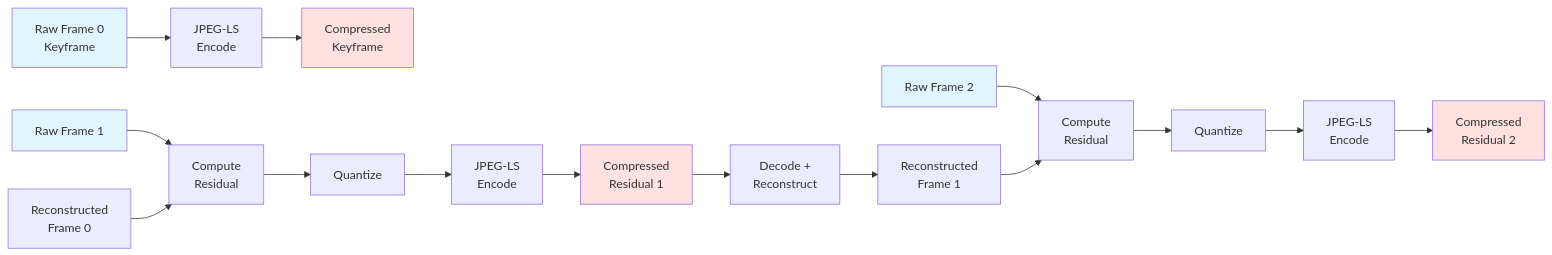
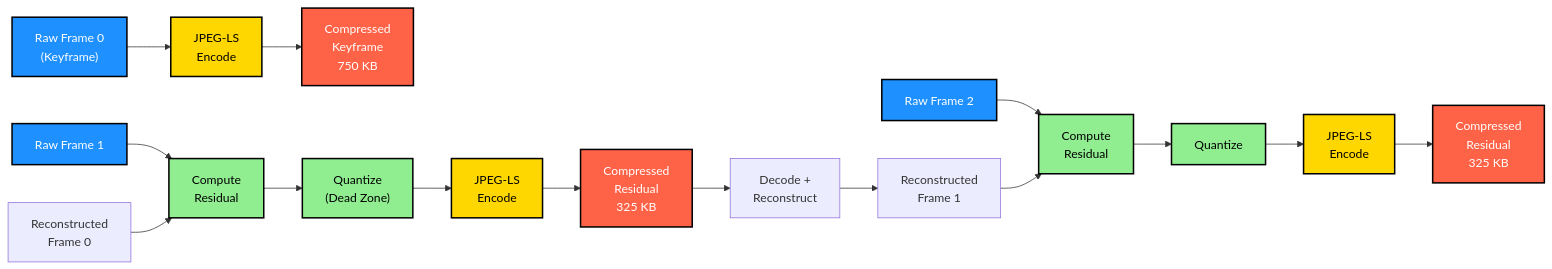
One commit to ceresimaging/lwir-compress changed the first of 3 diagrams in README.md. Above: the diagram before and after it, drawn with Mermaid. The commit also changed other lines of this file, not shown here.

First line of the commit message:
Improve diagram contrast and add stacked frame visualization

````diff
--- a/README.md
+++ b/README.md
@@ -93,27 +93,34 @@
 ```mermaid
 graph LR
-    A[Raw Frame 0<br/>Keyframe] --> B[JPEG-LS<br/>Encode]
-    B --> C[Compressed<br/>Keyframe]
+    A["Raw Frame 0<br/>(Keyframe)"] --> B["JPEG-LS<br/>Encode"]
+    B --> C["Compressed<br/>Keyframe<br/>750 KB"]
 
-    D[Raw Frame 1] --> E[Compute<br/>Residual]
-    F[Reconstructed<br/>Frame 0] --> E
-    E --> G[Quantize]
-    G --> H[JPEG-LS<br/>Encode]
-    H --> I[Compressed<br/>Residual 1]
+    D["Raw Frame 1"] --> E["Compute<br/>Residual"]
+    F["Reconstructed<br/>Frame 0"] --> E
+    E --> G["Quantize<br/>(Dead Zone)"]
+    G --> H["JPEG-LS<br/>Encode"]
+    H --> I["Compressed<br/>Residual<br/>325 KB"]
 
-    I --> J[Decode +<br/>Reconstruct]
-    J --> K[Reconstructed<br/>Frame 1]
+    I --> J["Decode +<br/>Reconstruct"]
+    J --> K["Reconstructed<br/>Frame 1"]
 
-    L[Raw Frame 2] --> M[Compute<br/>Residual]
+    L["Raw Frame 2"] --> M["Compute<br/>Residual"]
     K --> M
-    M --> N[Quantize]
-    N --> O[JPEG-LS<br/>Encode]
-    O --> P[Compressed<br/>Residual 2]
+    M --> N["Quantize"]
+    N --> O["JPEG-LS<br/>Encode"]
+    O --> P["Compressed<br/>Residual<br/>325 KB"]
 
-    style A fill:#e1f5ff
-    style D fill:#e1f5ff
-    style L fill:#e1f5ff
-    style C fill:#ffe1e1
-    style I fill:#ffe1e1
-    style P fill:#ffe1e1
+    style A fill:#1e90ff,stroke:#000,stroke-width:2px,color:#fff
+    style D fill:#1e90ff,stroke:#000,stroke-width:2px,color:#fff
+    style L fill:#1e90ff,stroke:#000,stroke-width:2px,color:#fff
+    style C fill:#ff6347,stroke:#000,stroke-width:2px,color:#fff
+    style I fill:#ff6347,stroke:#000,stroke-width:2px,color:#fff
+    style P fill:#ff6347,stroke:#000,stroke-width:2px,color:#fff
+    style B fill:#ffd700,stroke:#000,stroke-width:2px,color:#000
+    style E fill:#90ee90,stroke:#000,stroke-width:2px,color:#000
+    style G fill:#90ee90,stroke:#000,stroke-width:2px,color:#000
+    style H fill:#ffd700,stroke:#000,stroke-width:2px,color:#000
+    style M fill:#90ee90,stroke:#000,stroke-width:2px,color:#000
+    style N fill:#90ee90,stroke:#000,stroke-width:2px,color:#000
+    style O fill:#ffd700,stroke:#000,stroke-width:2px,color:#000
 ```
````
